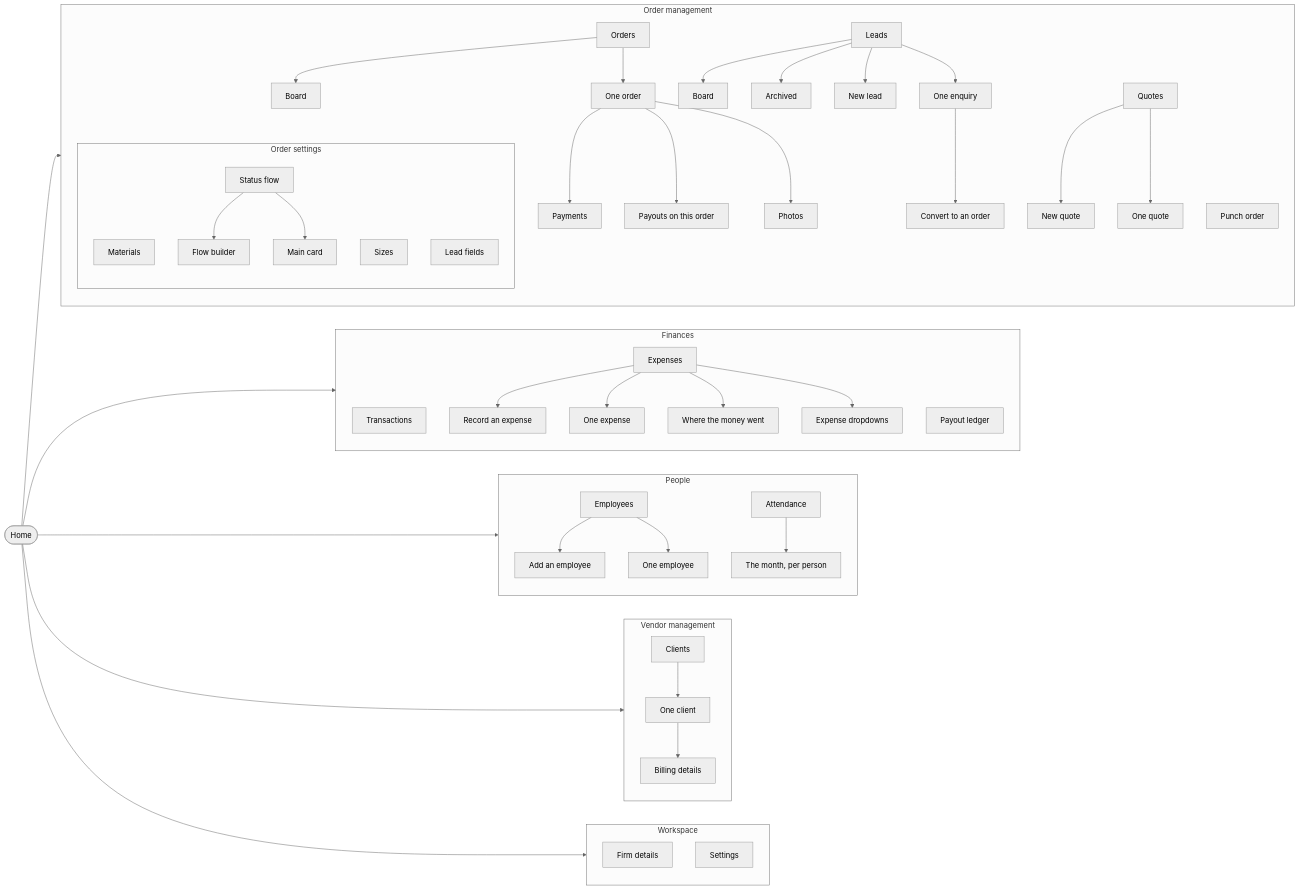
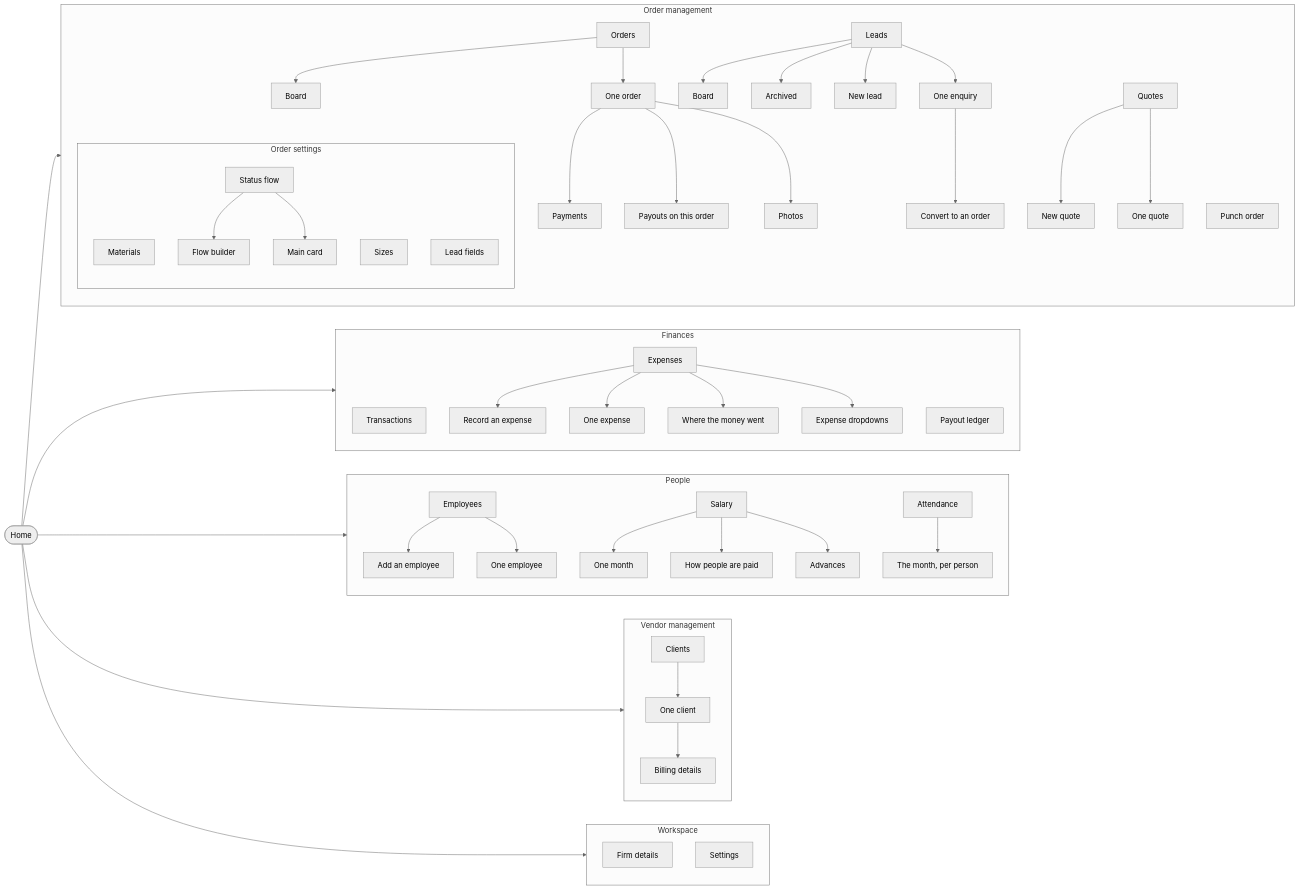
One commit to firstleaptechnologies-coder/factory-automation changed the diagram in docs/NAVIGATION.md. Above: the diagram before and after it, drawn with Mermaid (neutral theme). The commit also changed other lines of this file and 37 other files, not shown here.

```diff
--- a/docs/NAVIGATION.md
+++ b/docs/NAVIGATION.md
@@ -83,6 +83,13 @@
     employees --> employee_form
     employee_detail["One employee"]
     employees --> employee_detail
+    salary["Salary"]
+    salary_run["One month"]
+    salary --> salary_run
+    salary_pay["How people are paid"]
+    salary --> salary_pay
+    salary_advances["Advances"]
+    salary --> salary_advances
     attendance["Attendance"]
     attendance_month["The month, per person"]
     attendance --> attendance_month
```
